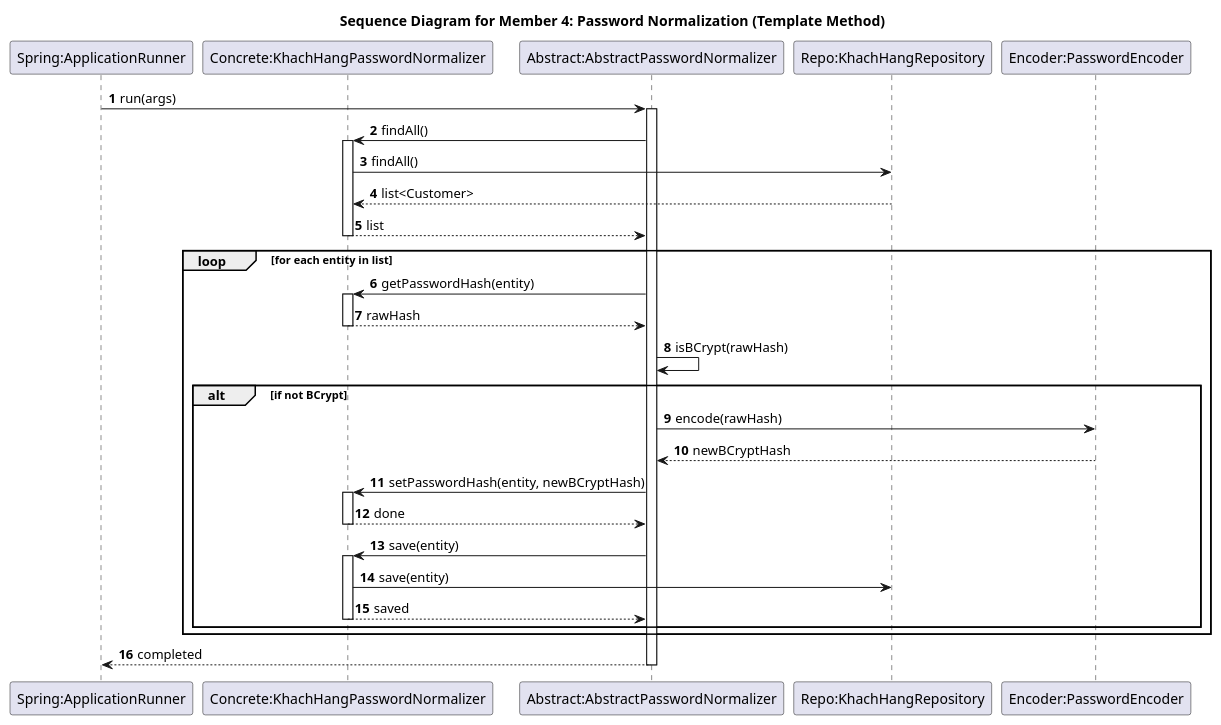
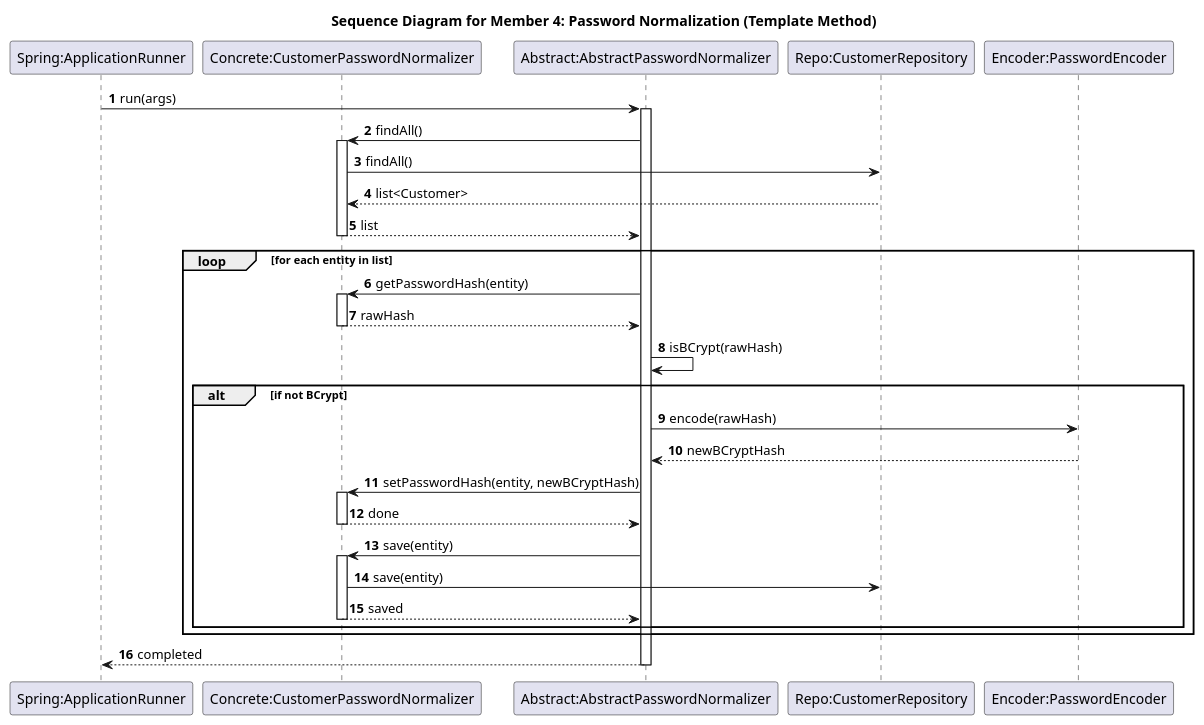
Before and after one commit to vothnha26/Object-Oriented_Design: the diagram in problems/Member4_UserSecurity/task1_template_password.puml, drawn with PlantUML. The commit also changed 27 other files, not shown here.

Commit message:
docs: update design problems and sequence diagrams, remove SHIPPER role, and transition to Session/Cookie cart model

```diff
--- a/problems/Member4_UserSecurity/task1_template_password.puml
+++ b/problems/Member4_UserSecurity/task1_template_password.puml
@@ -1,49 +1,49 @@
-@startuml
+@startuml task1_template_password
 title Sequence Diagram for Member 4: Password Normalization (Template Method)
 autonumber
 
 participant "Spring:ApplicationRunner" as AR
-participant "Concrete:KhachHangPasswordNormalizer" as KHN
+participant "Concrete:CustomerPasswordNormalizer" as KHN
 participant "Abstract:AbstractPasswordNormalizer" as APN
-participant "Repo:KhachHangRepository" as REPO
+participant "Repo:CustomerRepository" as REPO
 participant "Encoder:PasswordEncoder" as ENC
 
 AR -> APN : run(args)
 activate APN
 
 APN -> KHN : findAll()
 activate KHN
 KHN -> REPO : findAll()
 REPO --> KHN : list<Customer>
 KHN --> APN : list
 deactivate KHN
 
 loop for each entity in list
     APN -> KHN : getPasswordHash(entity)
     activate KHN
     KHN --> APN : rawHash
     deactivate KHN
     
     APN -> APN : isBCrypt(rawHash)
     
     alt if not BCrypt
         APN -> ENC : encode(rawHash)
         ENC --> APN : newBCryptHash
         
         APN -> KHN : setPasswordHash(entity, newBCryptHash)
         activate KHN
         KHN --> APN : done
         deactivate KHN
         
         APN -> KHN : save(entity)
         activate KHN
         KHN -> REPO : save(entity)
         KHN --> APN : saved
         deactivate KHN
     end
 end
 
 APN --> AR : completed
 deactivate APN
 
 @enduml
```
